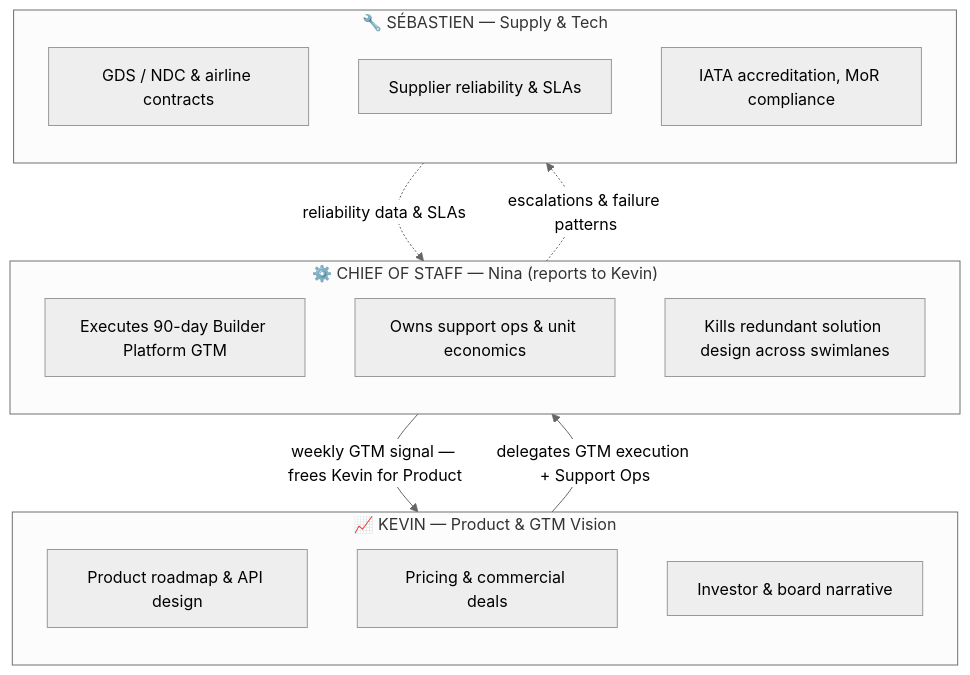
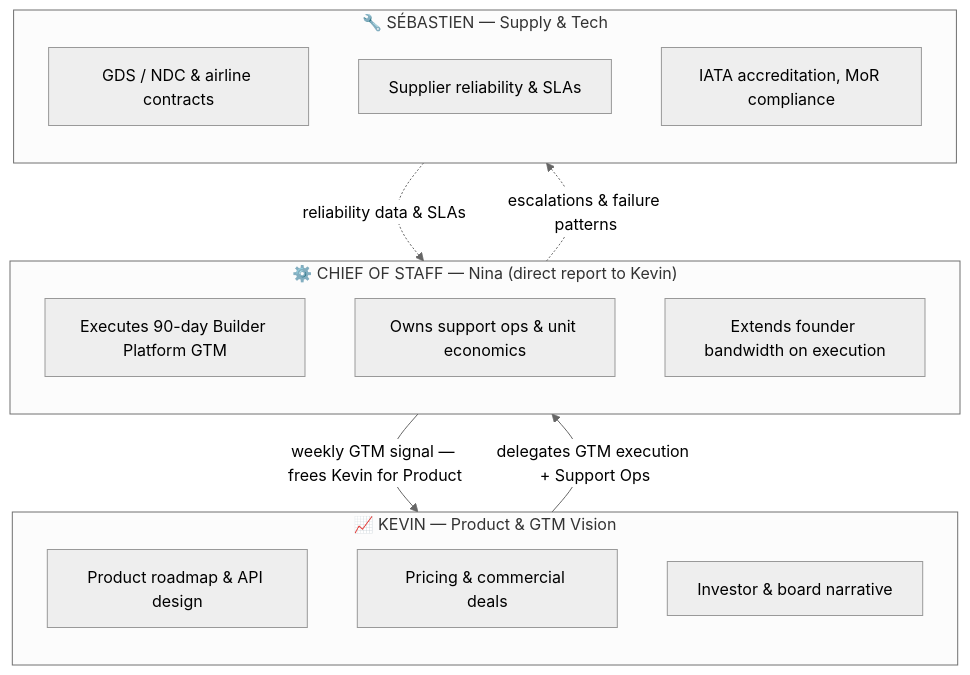
Before and after one commit to ninataba/jinko-cos: the first of 2 diagrams in CASE_STUDY.md, drawn with Mermaid (neutral theme). The commit also changed other lines of this file and 1 other file, not shown here.

````diff
--- a/CASE_STUDY.md
+++ b/CASE_STUDY.md
@@ -18,28 +18,28 @@
 ```mermaid
 flowchart TB
     subgraph KEV["📈 KEVIN — Product & GTM Vision"]
         direction TB
         K1["Product roadmap & API design"]
         K2["Pricing & commercial deals"]
         K3["Investor & board narrative"]
     end
 
-    subgraph COS["⚙️ CHIEF OF STAFF — Nina (reports to Kevin)"]
+    subgraph COS["⚙️ CHIEF OF STAFF — Nina (direct report to Kevin)"]
         direction TB
         C1["Executes 90-day Builder Platform GTM"]
         C2["Owns support ops & unit economics"]
-        C3["Kills redundant solution design across swimlanes"]
+        C3["Extends founder bandwidth on execution"]
     end
 
     subgraph SEB["🔧 SÉBASTIEN — Supply & Tech"]
         direction TB
         S1["GDS / NDC & airline contracts"]
         S2["Supplier reliability & SLAs"]
         S3["IATA accreditation, MoR compliance"]
     end
 
     KEV -- "delegates GTM execution + Support Ops" --> COS
     COS -- "weekly GTM signal — frees Kevin for Product" --> KEV
     S2 -. "reliability data & SLAs" .-> COS
     COS -. "escalations & failure patterns" .-> SEB
 ```
````
